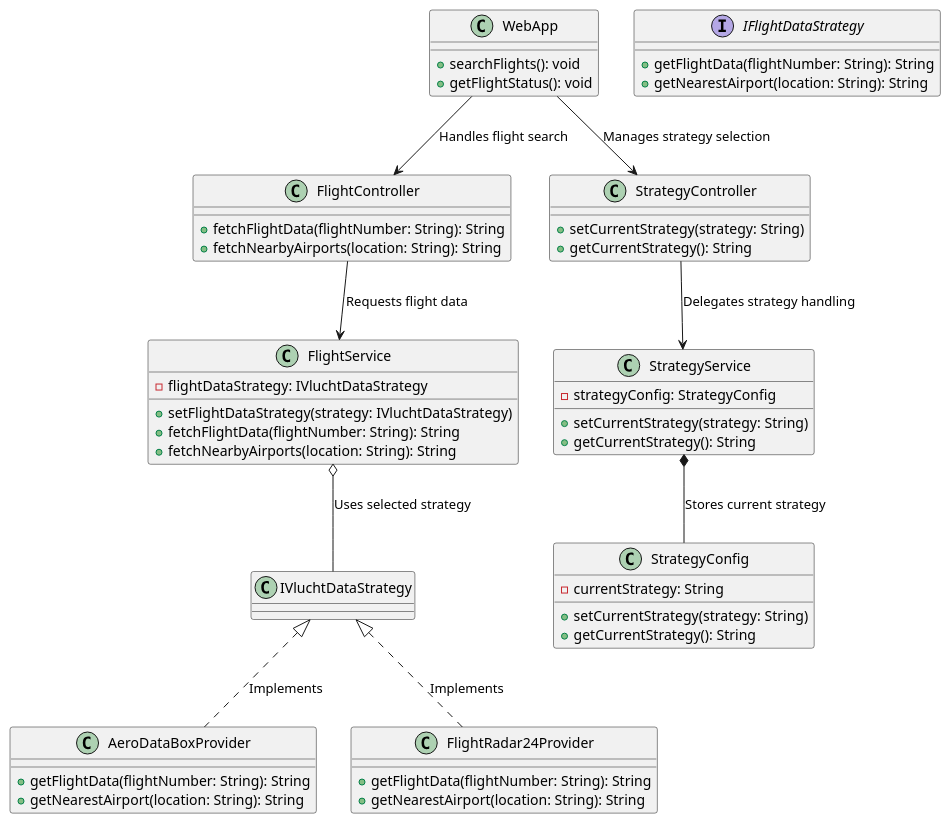
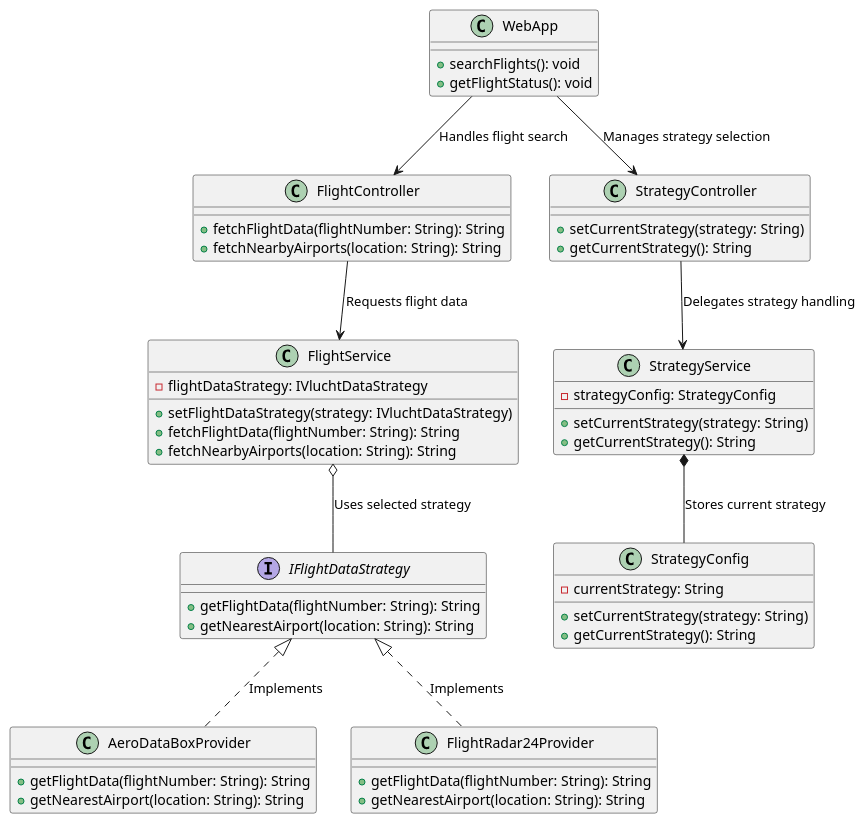
The diagram in diagrammen/classDiagramStrategyPattern.puml (AIM-ENE-feb25/triptop-groep-b2), drawn with PlantUML before and after one commit. The commit also changed 2 other files, not shown here.

Commit message:
updated naming diagram

```diff
--- a/diagrammen/classDiagramStrategyPattern.puml
+++ b/diagrammen/classDiagramStrategyPattern.puml
@@ -1,64 +1,64 @@
 @startuml
 'https://plantuml.com/class-diagram
 
 class WebApp {
     +searchFlights(): void
     +getFlightStatus(): void
 }
 
 class FlightController {
     +fetchFlightData(flightNumber: String): String
     +fetchNearbyAirports(location: String): String
 }
 
 class StrategyController {
     +setCurrentStrategy(strategy: String)
     +getCurrentStrategy(): String
 }
 
 class FlightService {
     -flightDataStrategy: IVluchtDataStrategy
     +setFlightDataStrategy(strategy: IVluchtDataStrategy)
     +fetchFlightData(flightNumber: String): String
     +fetchNearbyAirports(location: String): String
 }
 
 class StrategyService {
     -strategyConfig: StrategyConfig
     +setCurrentStrategy(strategy: String)
     +getCurrentStrategy(): String
 }
 
 interface IFlightDataStrategy {
     +getFlightData(flightNumber: String): String
     +getNearestAirport(location: String): String
 }
 
 class AeroDataBoxProvider {
     +getFlightData(flightNumber: String): String
     +getNearestAirport(location: String): String
 }
 
 class FlightRadar24Provider {
     +getFlightData(flightNumber: String): String
     +getNearestAirport(location: String): String
 }
 
 class StrategyConfig {
     -currentStrategy: String
     +setCurrentStrategy(strategy: String)
     +getCurrentStrategy(): String
 }
 
 ' Relationships
 WebApp --> FlightController : "Handles flight search"
 WebApp --> StrategyController : "Manages strategy selection"
 FlightController --> FlightService : "Requests flight data"
 StrategyController --> StrategyService : "Delegates strategy handling"
-FlightService o-- IVluchtDataStrategy : "Uses selected strategy"
+FlightService o-- IFlightDataStrategy : "Uses selected strategy"
 StrategyService *-- StrategyConfig : "Stores current strategy"
 
-IVluchtDataStrategy <|.. AeroDataBoxProvider : "Implements"
-IVluchtDataStrategy <|.. FlightRadar24Provider : "Implements"
+IFlightDataStrategy <|.. AeroDataBoxProvider : "Implements"
+IFlightDataStrategy <|.. FlightRadar24Provider : "Implements"
 
 @enduml
```
